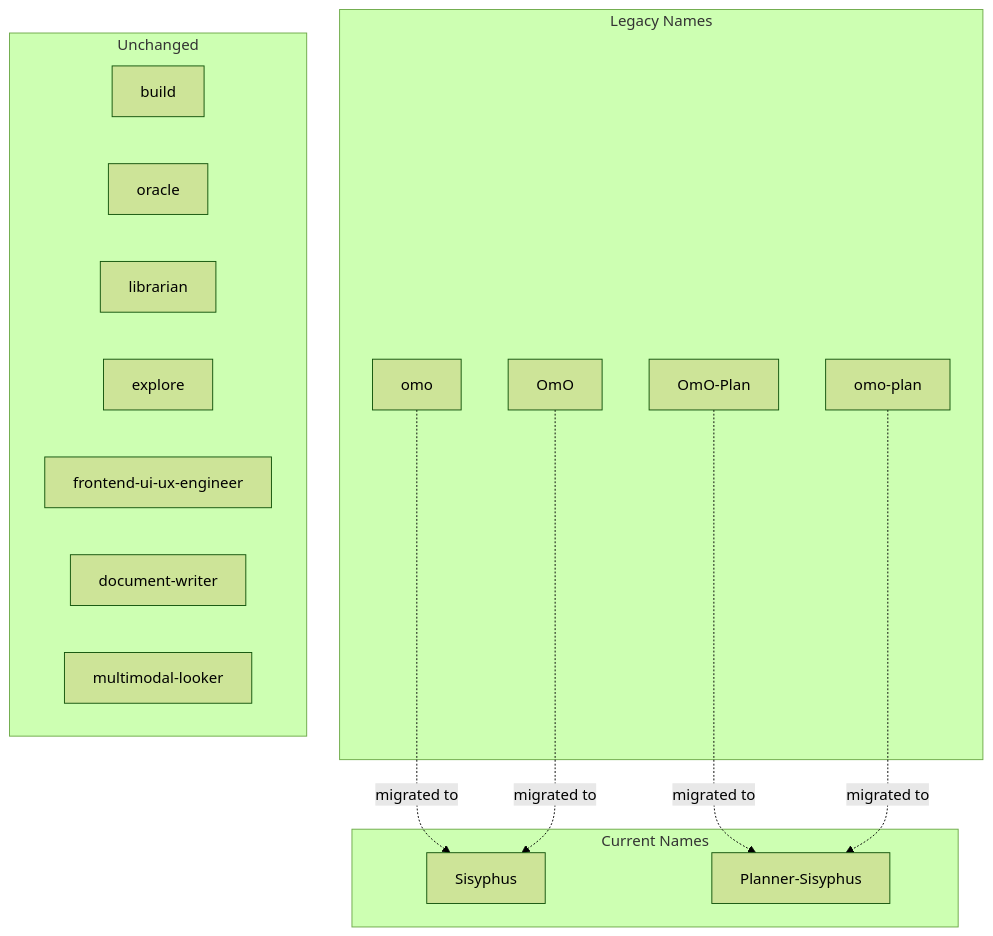
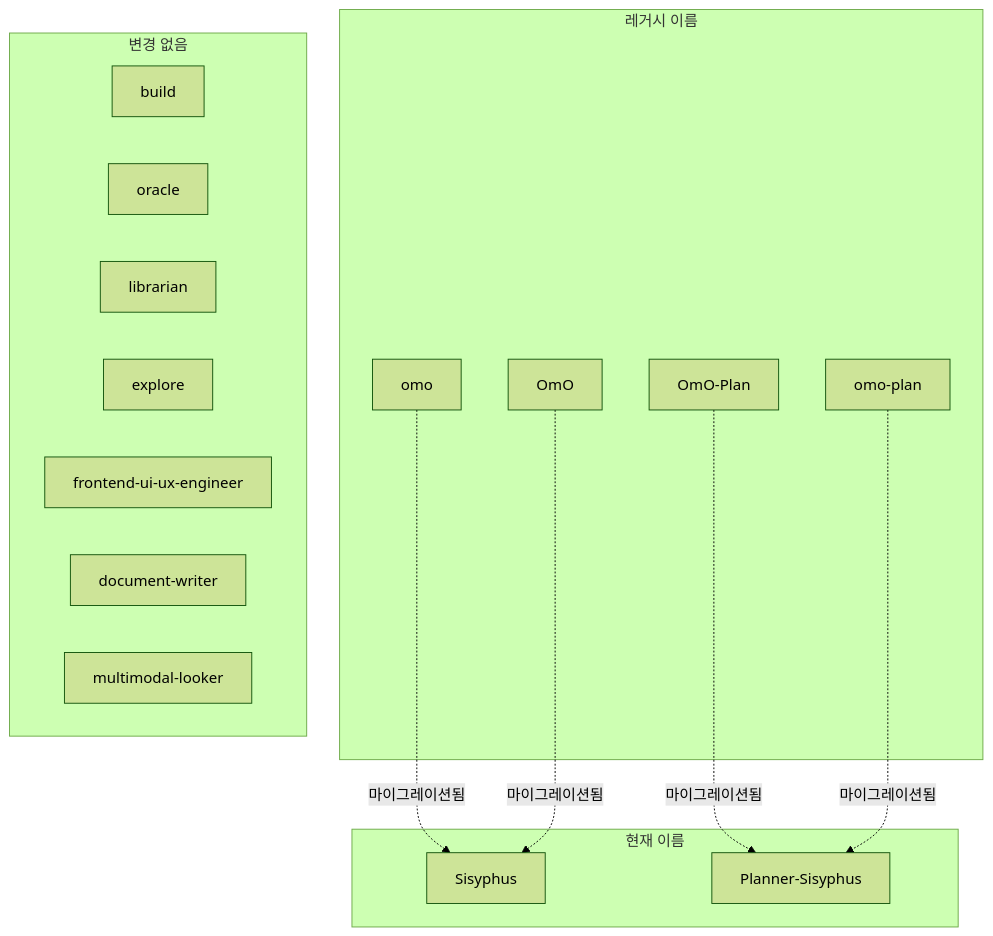
One commit to felipetruman/oh-my-opencode-docs changed the first of 4 diagrams in docs/compatibility/configuration-migration.md. Above: the diagram before and after it, drawn with Mermaid (forest theme). The commit also changed other lines of this file and 76 other files, not shown here.

````diff
--- a/docs/compatibility/configuration-migration.md
+++ b/docs/compatibility/configuration-migration.md
@@ -47,44 +47,44 @@
 ```mermaid
 flowchart TD
 
 U1["build"]
 U2["oracle"]
 U3["librarian"]
 U4["explore"]
 U5["frontend-ui-ux-engineer"]
 U6["document-writer"]
 U7["multimodal-looker"]
 L1["omo"]
 L2["OmO"]
 L3["OmO-Plan"]
 L4["omo-plan"]
 C1["Sisyphus"]
 C2["Planner-Sisyphus"]
 
-L1 -.->|"migrated to"| C1
-L2 -.->|"migrated to"| C1
-L3 -.->|"migrated to"| C2
-L4 -.->|"migrated to"| C2
+L1 -.->|"마이그레이션됨"| C1
+L2 -.->|"마이그레이션됨"| C1
+L3 -.->|"마이그레이션됨"| C2
+L4 -.->|"마이그레이션됨"| C2
 
-subgraph subGraph1 ["Current Names"]
+subgraph subGraph1 ["현재 이름"]
     C1
     C2
 end
 
-subgraph subGraph0 ["Legacy Names"]
+subgraph subGraph0 ["레거시 이름"]
     L1
     L2
     L3
     L4
 end
 
-subgraph Unchanged ["Unchanged"]
+subgraph Unchanged ["변경 없음"]
     U1
     U2
     U3
     U4
     U5
     U6
     U7
 end
 ```
````
